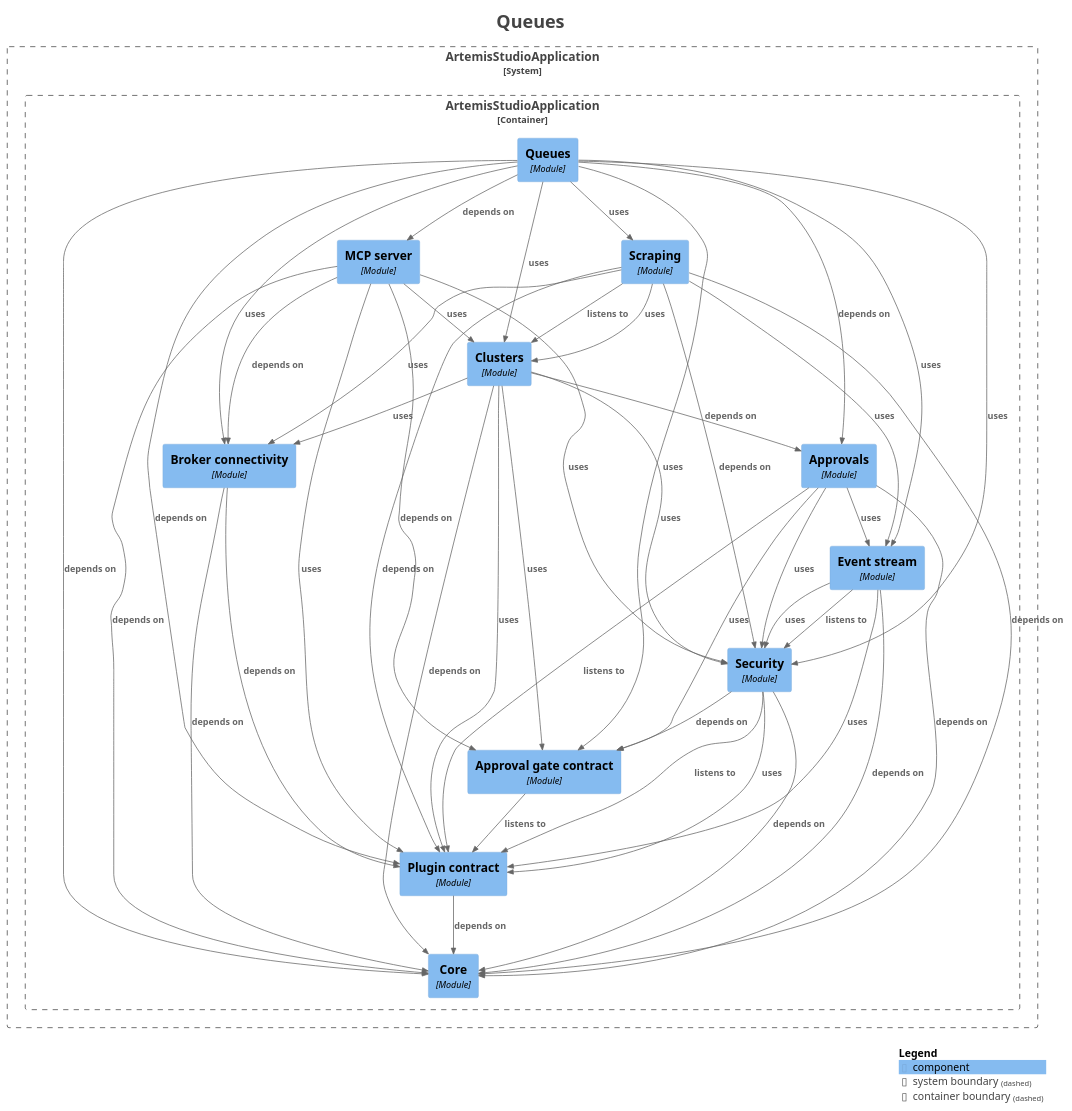
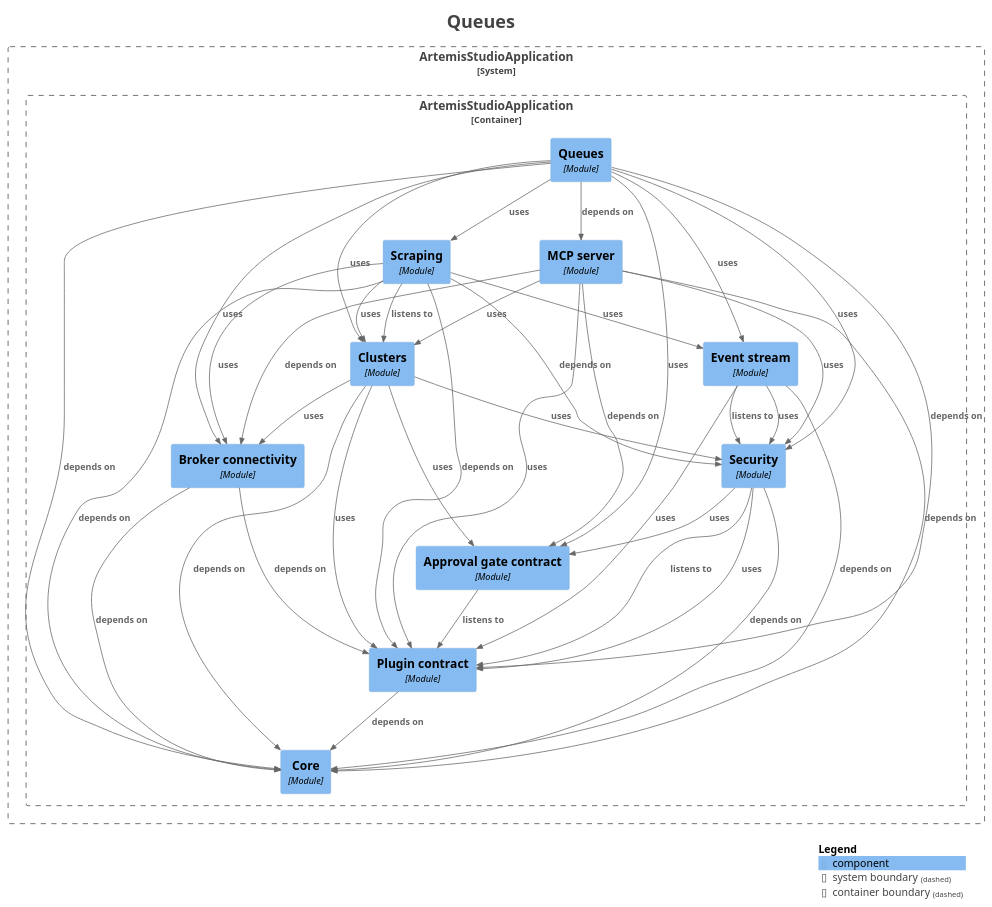
One commit to sudoitir/artemis-studio changed the diagram in docs/modules/module-feature.queues.puml. Above: the diagram before and after it, drawn with PlantUML. The commit also changed 13 other files, not shown here.

Commit message:
docs(modules): regenerate the module diagrams for the gate contract's held response and leases

```diff
--- a/docs/modules/module-feature.queues.puml
+++ b/docs/modules/module-feature.queues.puml
@@ -1,84 +1,76 @@
 @startuml
 title <size:24>Queues</size>
 
 set separator none
 top to bottom direction
 
 <style>
   root {
     BackgroundColor: #ffffff
     FontColor: #444444
   }
 </style>
 
 !include <C4/C4>
 !include <C4/C4_Context>
 !include <C4/C4_Component>
 
 System_Boundary("ArtemisStudioApplication_boundary", "ArtemisStudioApplication", $tags="") {
   Container_Boundary("ArtemisStudioApplication.ArtemisStudioApplication_boundary", "ArtemisStudioApplication", $tags="") {
     Component(ArtemisStudioApplication.ArtemisStudioApplication.Approvalgatecontract, "Approval gate contract", $techn="Module", $descr="", $tags="", $link="")
-    Component(ArtemisStudioApplication.ArtemisStudioApplication.Approvals, "Approvals", $techn="Module", $descr="", $tags="", $link="")
     Component(ArtemisStudioApplication.ArtemisStudioApplication.Brokerconnectivity, "Broker connectivity", $techn="Module", $descr="", $tags="", $link="")
     Component(ArtemisStudioApplication.ArtemisStudioApplication.Clusters, "Clusters", $techn="Module", $descr="", $tags="", $link="")
     Component(ArtemisStudioApplication.ArtemisStudioApplication.Core, "Core", $techn="Module", $descr="", $tags="", $link="")
     Component(ArtemisStudioApplication.ArtemisStudioApplication.Eventstream, "Event stream", $techn="Module", $descr="", $tags="", $link="")
     Component(ArtemisStudioApplication.ArtemisStudioApplication.MCPserver, "MCP server", $techn="Module", $descr="", $tags="", $link="")
     Component(ArtemisStudioApplication.ArtemisStudioApplication.Plugincontract, "Plugin contract", $techn="Module", $descr="", $tags="", $link="")
     Component(ArtemisStudioApplication.ArtemisStudioApplication.Queues, "Queues", $techn="Module", $descr="", $tags="", $link="")
     Component(ArtemisStudioApplication.ArtemisStudioApplication.Scraping, "Scraping", $techn="Module", $descr="", $tags="", $link="")
     Component(ArtemisStudioApplication.ArtemisStudioApplication.Security, "Security", $techn="Module", $descr="", $tags="", $link="")
   }
 
 }
 
 Rel(ArtemisStudioApplication.ArtemisStudioApplication.Approvalgatecontract, ArtemisStudioApplication.ArtemisStudioApplication.Plugincontract, "listens to", $techn="", $tags="", $link="")
-Rel(ArtemisStudioApplication.ArtemisStudioApplication.Approvals, ArtemisStudioApplication.ArtemisStudioApplication.Approvalgatecontract, "uses", $techn="", $tags="", $link="")
-Rel(ArtemisStudioApplication.ArtemisStudioApplication.Approvals, ArtemisStudioApplication.ArtemisStudioApplication.Core, "depends on", $techn="", $tags="", $link="")
-Rel(ArtemisStudioApplication.ArtemisStudioApplication.Approvals, ArtemisStudioApplication.ArtemisStudioApplication.Eventstream, "uses", $techn="", $tags="", $link="")
-Rel(ArtemisStudioApplication.ArtemisStudioApplication.Approvals, ArtemisStudioApplication.ArtemisStudioApplication.Plugincontract, "listens to", $techn="", $tags="", $link="")
-Rel(ArtemisStudioApplication.ArtemisStudioApplication.Approvals, ArtemisStudioApplication.ArtemisStudioApplication.Security, "uses", $techn="", $tags="", $link="")
 Rel(ArtemisStudioApplication.ArtemisStudioApplication.Brokerconnectivity, ArtemisStudioApplication.ArtemisStudioApplication.Core, "depends on", $techn="", $tags="", $link="")
 Rel(ArtemisStudioApplication.ArtemisStudioApplication.Brokerconnectivity, ArtemisStudioApplication.ArtemisStudioApplication.Plugincontract, "depends on", $techn="", $tags="", $link="")
 Rel(ArtemisStudioApplication.ArtemisStudioApplication.Clusters, ArtemisStudioApplication.ArtemisStudioApplication.Approvalgatecontract, "uses", $techn="", $tags="", $link="")
-Rel(ArtemisStudioApplication.ArtemisStudioApplication.Clusters, ArtemisStudioApplication.ArtemisStudioApplication.Approvals, "depends on", $techn="", $tags="", $link="")
 Rel(ArtemisStudioApplication.ArtemisStudioApplication.Clusters, ArtemisStudioApplication.ArtemisStudioApplication.Brokerconnectivity, "uses", $techn="", $tags="", $link="")
 Rel(ArtemisStudioApplication.ArtemisStudioApplication.Clusters, ArtemisStudioApplication.ArtemisStudioApplication.Core, "depends on", $techn="", $tags="", $link="")
 Rel(ArtemisStudioApplication.ArtemisStudioApplication.Clusters, ArtemisStudioApplication.ArtemisStudioApplication.Plugincontract, "uses", $techn="", $tags="", $link="")
 Rel(ArtemisStudioApplication.ArtemisStudioApplication.Clusters, ArtemisStudioApplication.ArtemisStudioApplication.Security, "uses", $techn="", $tags="", $link="")
 Rel(ArtemisStudioApplication.ArtemisStudioApplication.Eventstream, ArtemisStudioApplication.ArtemisStudioApplication.Core, "depends on", $techn="", $tags="", $link="")
 Rel(ArtemisStudioApplication.ArtemisStudioApplication.Eventstream, ArtemisStudioApplication.ArtemisStudioApplication.Plugincontract, "uses", $techn="", $tags="", $link="")
 Rel(ArtemisStudioApplication.ArtemisStudioApplication.Eventstream, ArtemisStudioApplication.ArtemisStudioApplication.Security, "listens to", $techn="", $tags="", $link="")
 Rel(ArtemisStudioApplication.ArtemisStudioApplication.Eventstream, ArtemisStudioApplication.ArtemisStudioApplication.Security, "uses", $techn="", $tags="", $link="")
 Rel(ArtemisStudioApplication.ArtemisStudioApplication.MCPserver, ArtemisStudioApplication.ArtemisStudioApplication.Approvalgatecontract, "depends on", $techn="", $tags="", $link="")
 Rel(ArtemisStudioApplication.ArtemisStudioApplication.MCPserver, ArtemisStudioApplication.ArtemisStudioApplication.Brokerconnectivity, "depends on", $techn="", $tags="", $link="")
 Rel(ArtemisStudioApplication.ArtemisStudioApplication.MCPserver, ArtemisStudioApplication.ArtemisStudioApplication.Clusters, "uses", $techn="", $tags="", $link="")
 Rel(ArtemisStudioApplication.ArtemisStudioApplication.MCPserver, ArtemisStudioApplication.ArtemisStudioApplication.Core, "depends on", $techn="", $tags="", $link="")
 Rel(ArtemisStudioApplication.ArtemisStudioApplication.MCPserver, ArtemisStudioApplication.ArtemisStudioApplication.Plugincontract, "uses", $techn="", $tags="", $link="")
 Rel(ArtemisStudioApplication.ArtemisStudioApplication.MCPserver, ArtemisStudioApplication.ArtemisStudioApplication.Security, "uses", $techn="", $tags="", $link="")
 Rel(ArtemisStudioApplication.ArtemisStudioApplication.Plugincontract, ArtemisStudioApplication.ArtemisStudioApplication.Core, "depends on", $techn="", $tags="", $link="")
 Rel(ArtemisStudioApplication.ArtemisStudioApplication.Queues, ArtemisStudioApplication.ArtemisStudioApplication.Approvalgatecontract, "uses", $techn="", $tags="", $link="")
-Rel(ArtemisStudioApplication.ArtemisStudioApplication.Queues, ArtemisStudioApplication.ArtemisStudioApplication.Approvals, "depends on", $techn="", $tags="", $link="")
 Rel(ArtemisStudioApplication.ArtemisStudioApplication.Queues, ArtemisStudioApplication.ArtemisStudioApplication.Brokerconnectivity, "uses", $techn="", $tags="", $link="")
 Rel(ArtemisStudioApplication.ArtemisStudioApplication.Queues, ArtemisStudioApplication.ArtemisStudioApplication.Clusters, "uses", $techn="", $tags="", $link="")
 Rel(ArtemisStudioApplication.ArtemisStudioApplication.Queues, ArtemisStudioApplication.ArtemisStudioApplication.Core, "depends on", $techn="", $tags="", $link="")
 Rel(ArtemisStudioApplication.ArtemisStudioApplication.Queues, ArtemisStudioApplication.ArtemisStudioApplication.Eventstream, "uses", $techn="", $tags="", $link="")
 Rel(ArtemisStudioApplication.ArtemisStudioApplication.Queues, ArtemisStudioApplication.ArtemisStudioApplication.MCPserver, "depends on", $techn="", $tags="", $link="")
 Rel(ArtemisStudioApplication.ArtemisStudioApplication.Queues, ArtemisStudioApplication.ArtemisStudioApplication.Plugincontract, "depends on", $techn="", $tags="", $link="")
 Rel(ArtemisStudioApplication.ArtemisStudioApplication.Queues, ArtemisStudioApplication.ArtemisStudioApplication.Scraping, "uses", $techn="", $tags="", $link="")
 Rel(ArtemisStudioApplication.ArtemisStudioApplication.Queues, ArtemisStudioApplication.ArtemisStudioApplication.Security, "uses", $techn="", $tags="", $link="")
 Rel(ArtemisStudioApplication.ArtemisStudioApplication.Scraping, ArtemisStudioApplication.ArtemisStudioApplication.Brokerconnectivity, "uses", $techn="", $tags="", $link="")
 Rel(ArtemisStudioApplication.ArtemisStudioApplication.Scraping, ArtemisStudioApplication.ArtemisStudioApplication.Clusters, "listens to", $techn="", $tags="", $link="")
 Rel(ArtemisStudioApplication.ArtemisStudioApplication.Scraping, ArtemisStudioApplication.ArtemisStudioApplication.Clusters, "uses", $techn="", $tags="", $link="")
 Rel(ArtemisStudioApplication.ArtemisStudioApplication.Scraping, ArtemisStudioApplication.ArtemisStudioApplication.Core, "depends on", $techn="", $tags="", $link="")
 Rel(ArtemisStudioApplication.ArtemisStudioApplication.Scraping, ArtemisStudioApplication.ArtemisStudioApplication.Eventstream, "uses", $techn="", $tags="", $link="")
 Rel(ArtemisStudioApplication.ArtemisStudioApplication.Scraping, ArtemisStudioApplication.ArtemisStudioApplication.Plugincontract, "depends on", $techn="", $tags="", $link="")
 Rel(ArtemisStudioApplication.ArtemisStudioApplication.Scraping, ArtemisStudioApplication.ArtemisStudioApplication.Security, "depends on", $techn="", $tags="", $link="")
-Rel(ArtemisStudioApplication.ArtemisStudioApplication.Security, ArtemisStudioApplication.ArtemisStudioApplication.Approvalgatecontract, "depends on", $techn="", $tags="", $link="")
+Rel(ArtemisStudioApplication.ArtemisStudioApplication.Security, ArtemisStudioApplication.ArtemisStudioApplication.Approvalgatecontract, "uses", $techn="", $tags="", $link="")
 Rel(ArtemisStudioApplication.ArtemisStudioApplication.Security, ArtemisStudioApplication.ArtemisStudioApplication.Core, "depends on", $techn="", $tags="", $link="")
 Rel(ArtemisStudioApplication.ArtemisStudioApplication.Security, ArtemisStudioApplication.ArtemisStudioApplication.Plugincontract, "listens to", $techn="", $tags="", $link="")
 Rel(ArtemisStudioApplication.ArtemisStudioApplication.Security, ArtemisStudioApplication.ArtemisStudioApplication.Plugincontract, "uses", $techn="", $tags="", $link="")
 
 SHOW_LEGEND(true)
 hide stereotypes
 @enduml
```
